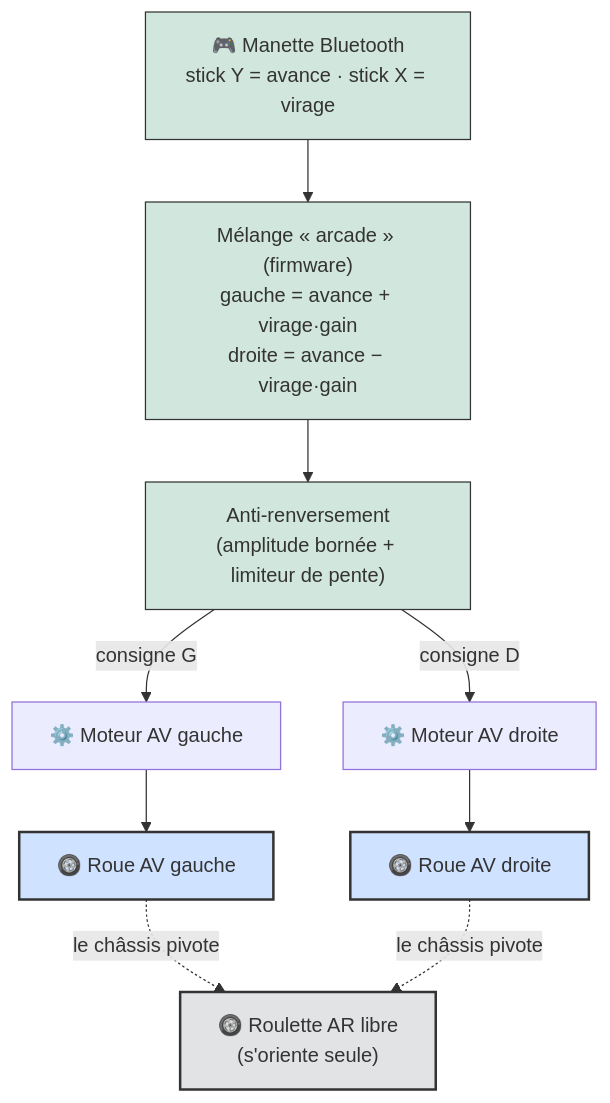
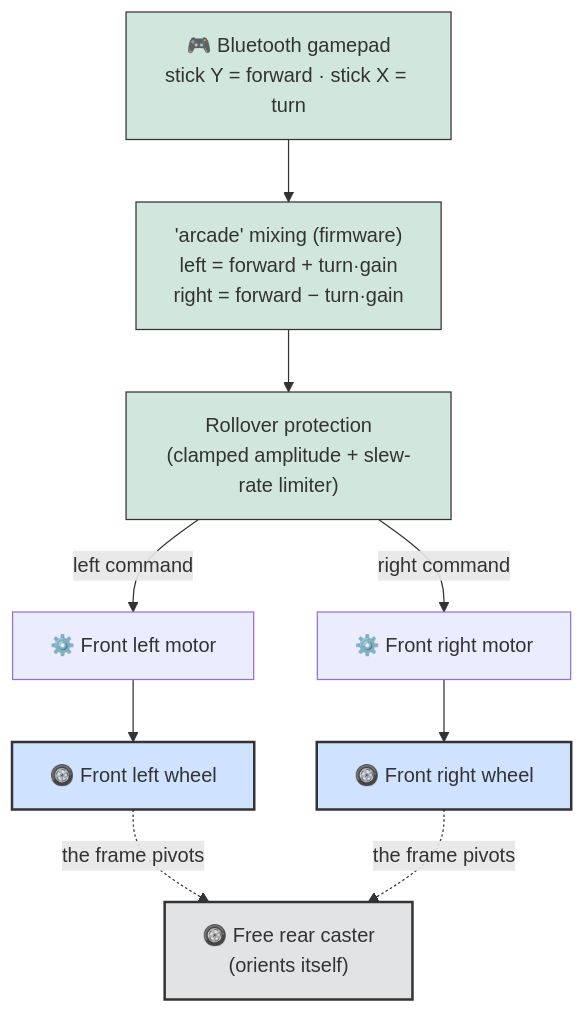
One commit to pinkymaxou/powered-soapbox-car changed the fourth of 10 diagrams in README.md. Above: the diagram before and after it, drawn with Mermaid. The commit also changed other lines of this file and 49 other files, not shown here.

````diff
--- a/README.md
+++ b/README.md
@@ -233,24 +233,24 @@
 ```mermaid
 flowchart TD
-    PAD["🎮 Manette Bluetooth<br/>stick Y = avance · stick X = virage"]
-    MIX["Mélange « arcade » (firmware)<br/>gauche = avance + virage·gain<br/>droite = avance − virage·gain"]
-    LIM["Anti-renversement<br/>(amplitude bornée + limiteur de pente)"]
-    ML["⚙️ Moteur AV gauche"]
-    MR["⚙️ Moteur AV droite"]
-    RG["🛞 Roue AV gauche"]
-    RD["🛞 Roue AV droite"]
-    CAS["🛞 Roulette AR libre<br/>(s'oriente seule)"]
+    PAD["🎮 Bluetooth gamepad<br/>stick Y = forward · stick X = turn"]
+    MIX["'arcade' mixing (firmware)<br/>left = forward + turn·gain<br/>right = forward − turn·gain"]
+    LIM["Rollover protection<br/>(clamped amplitude + slew-rate limiter)"]
+    ML["⚙️ Front left motor"]
+    MR["⚙️ Front right motor"]
+    RG["🛞 Front left wheel"]
+    RD["🛞 Front right wheel"]
+    CAS["🛞 Free rear caster<br/>(orients itself)"]
 
     PAD --> MIX --> LIM
-    LIM -- "consigne G" --> ML --> RG
-    LIM -- "consigne D" --> MR --> RD
-    RG -. "le châssis pivote" .-> CAS
-    RD -. "le châssis pivote" .-> CAS
+    LIM -- "left command" --> ML --> RG
+    LIM -- "right command" --> MR --> RD
+    RG -. "the frame pivots" .-> CAS
+    RD -. "the frame pivots" .-> CAS
 
     classDef cmd fill:#d1e7dd,stroke:#333;
     classDef mobile fill:#cfe2ff,stroke:#333,stroke-width:2px;
     classDef caster fill:#e2e3e5,stroke:#333,stroke-width:2px;
     class PAD,MIX,LIM cmd;
     class RG,RD mobile;
     class CAS caster;
 ```
````
